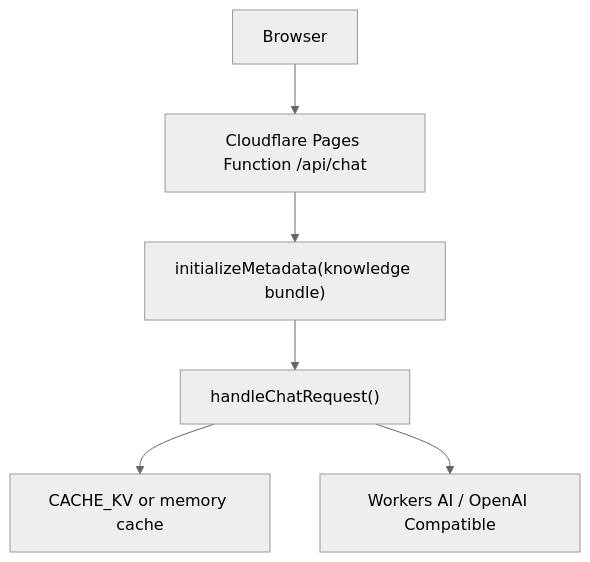
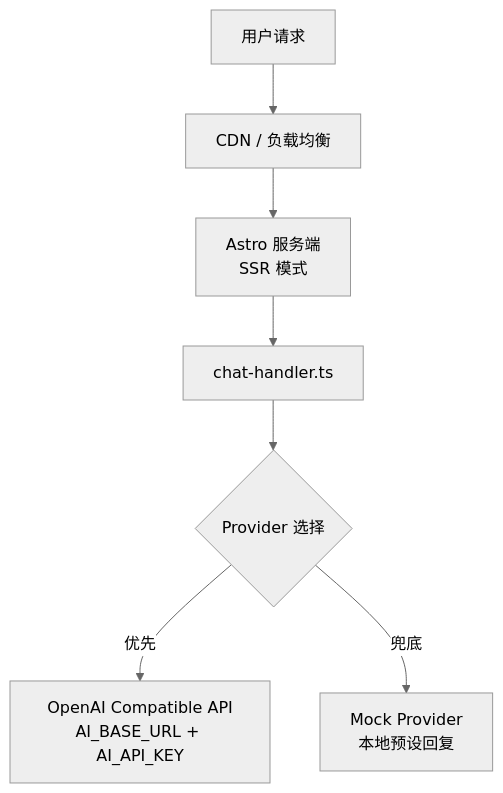
Before and after one commit to souloss/astro-minblog: diagram 12 of 12 in apps/blog/src/data/blog/zh/ai-module-architecture.md, drawn with Mermaid (neutral theme). The commit also changed other lines of this file and 40 other files, not shown here.

````diff
--- a/apps/blog/src/data/blog/zh/ai-module-architecture.md
+++ b/apps/blog/src/data/blog/zh/ai-module-architecture.md
@@ -867,8 +1672,9 @@
 ```mermaid
 flowchart TB
-    A["Browser"] --> B["Cloudflare Pages Function /api/chat"]
-    B --> C["initializeMetadata(knowledge bundle)"]
-    C --> D["handleChatRequest()"]
-    D --> E["CACHE_KV or memory cache"]
-    D --> F["Workers AI / OpenAI Compatible"]
+    A["用户请求"] --> B["CDN / 负载均衡"]
+    B --> C["Astro 服务端<br/>SSR 模式"]
+    C --> D["chat-handler.ts"]
+    D --> E{"Provider 选择"}
+    E -->|"优先"| F["OpenAI Compatible API<br/>AI_BASE_URL + AI_API_KEY"]
+    E -->|"兜底"| G["Mock Provider<br/>本地预设回复"]
 ```
````
